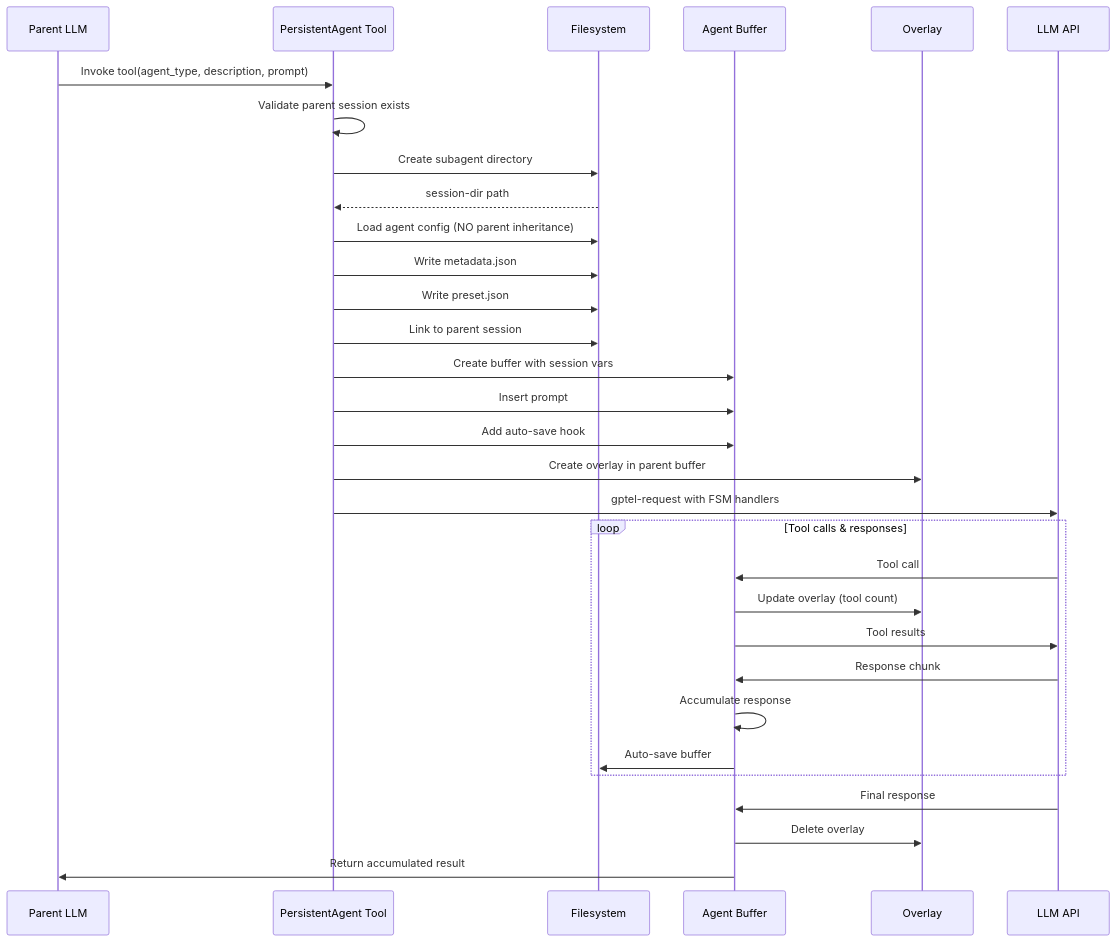
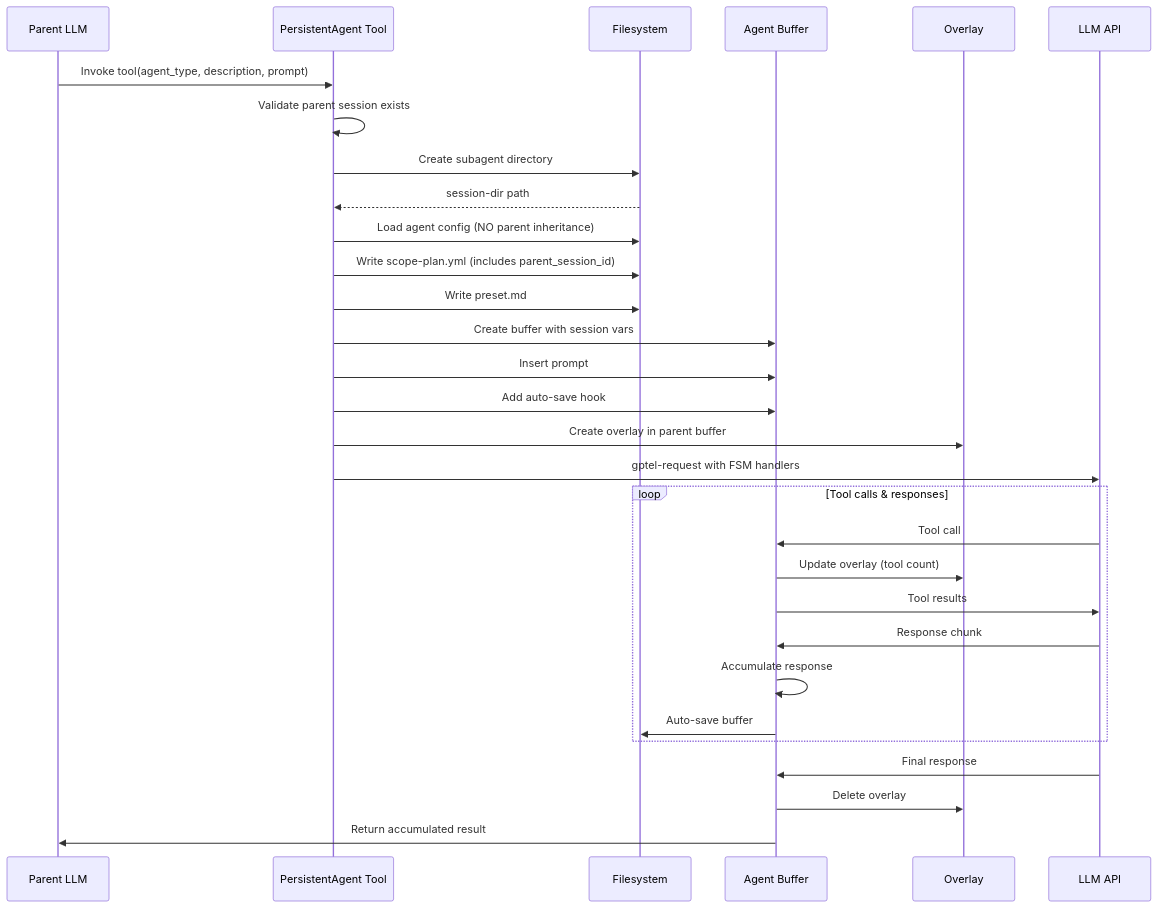
One commit to moogah/emacs changed the second of 3 diagrams in config/gptel/tools/persistent-agent.org. Above: the diagram before and after it, drawn with Mermaid. The commit also changed other lines of this file and 17 other files, not shown here.

First line of the commit message:
Phase 4: Remove all deprecated metadata.json code

```diff
--- a/config/gptel/tools/persistent-agent.org
+++ b/config/gptel/tools/persistent-agent.org
@@ -107,40 +107,39 @@
 #+begin_src mermaid
 sequenceDiagram
     participant P as Parent LLM
     participant T as PersistentAgent Tool
     participant FS as Filesystem
     participant B as Agent Buffer
     participant O as Overlay
     participant API as LLM API
 
     P->>T: Invoke tool(agent_type, description, prompt)
     T->>T: Validate parent session exists
     T->>FS: Create subagent directory
     FS-->>T: session-dir path
 
     T->>FS: Load agent config (NO parent inheritance)
-    T->>FS: Write metadata.json
-    T->>FS: Write preset.json
-    T->>FS: Link to parent session
+    T->>FS: Write scope-plan.yml (includes parent_session_id)
+    T->>FS: Write preset.md
 
     T->>B: Create buffer with session vars
     T->>B: Insert prompt
     T->>B: Add auto-save hook
 
     T->>O: Create overlay in parent buffer
 
     T->>API: gptel-request with FSM handlers
 
     loop Tool calls & responses
         API->>B: Tool call
         B->>O: Update overlay (tool count)
         B->>API: Tool results
         API->>B: Response chunk
         B->>B: Accumulate response
         B->>FS: Auto-save buffer
     end
 
     API->>B: Final response
     B->>O: Delete overlay
     B->>P: Return accumulated result
 #+end_src
```
